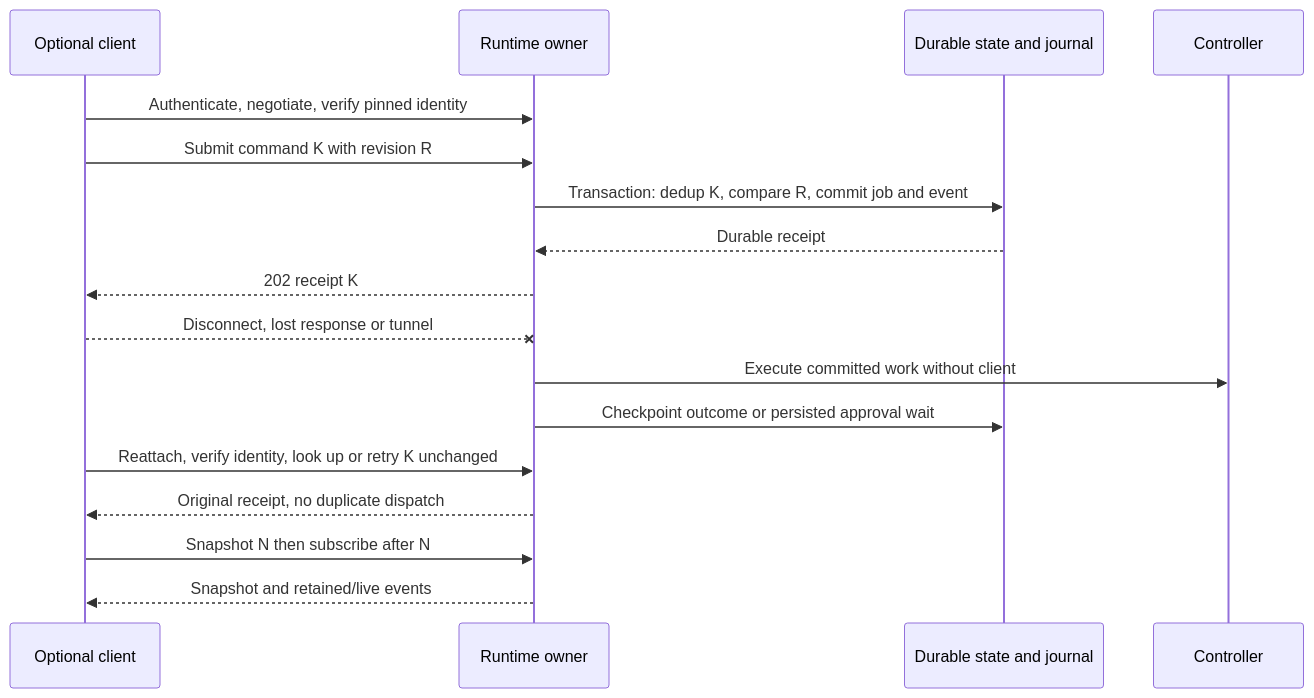
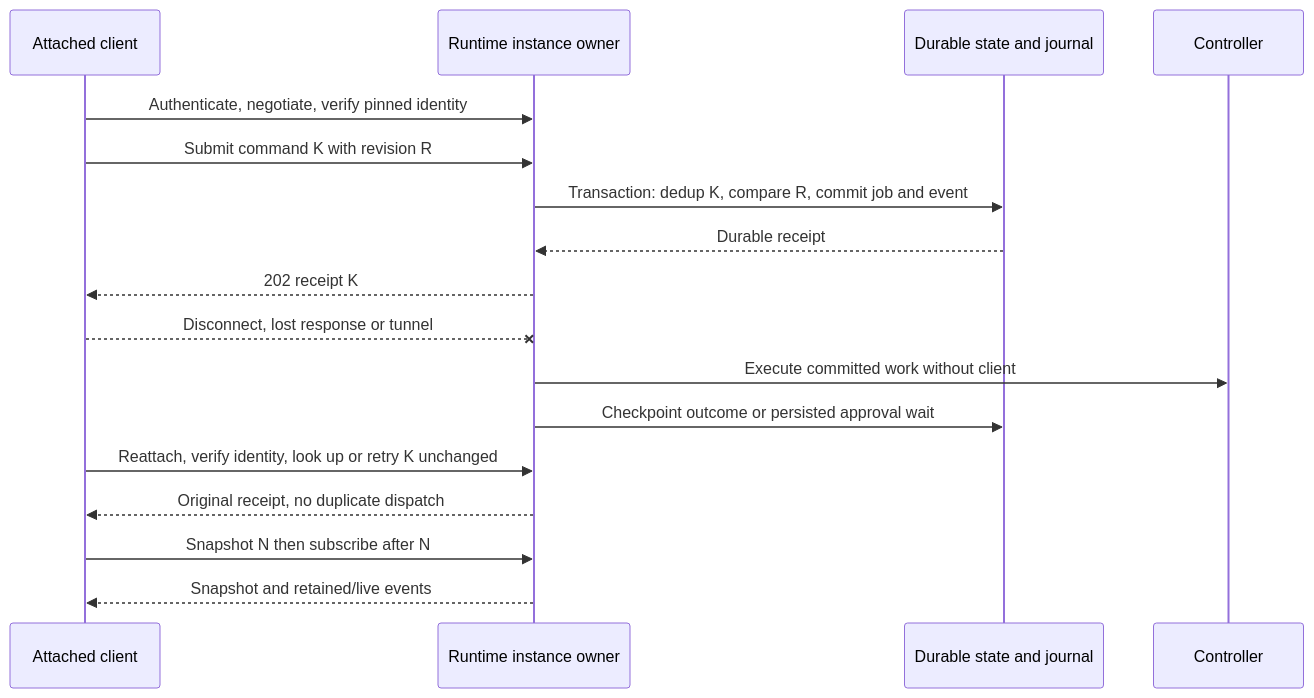
Before and after one commit to urucoder/local-studio: the second of 3 diagrams in docs/architecture/agent-runtime-deep-dive.md, drawn with Mermaid. The commit also changed other lines of this file, not shown here.

Commit message:
docs(architecture): rewrite ADR-0012 for coexisting runtime lifecycle modes

````diff
--- a/docs/architecture/agent-runtime-deep-dive.md
+++ b/docs/architecture/agent-runtime-deep-dive.md
@@ -264,19 +403,19 @@
 ```mermaid
 sequenceDiagram
-  participant Client as Optional client
-  participant Runtime as Runtime owner
+  participant Client as Attached client
+  participant Runtime as Runtime instance owner
   participant Store as Durable state and journal
   participant Controller as Controller
   Client->>Runtime: Authenticate, negotiate, verify pinned identity
   Client->>Runtime: Submit command K with revision R
   Runtime->>Store: Transaction: dedup K, compare R, commit job and event
   Store-->>Runtime: Durable receipt
   Runtime-->>Client: 202 receipt K
   Client--xRuntime: Disconnect, lost response or tunnel
   Runtime->>Controller: Execute committed work without client
   Runtime->>Store: Checkpoint outcome or persisted approval wait
   Client->>Runtime: Reattach, verify identity, look up or retry K unchanged
   Runtime-->>Client: Original receipt, no duplicate dispatch
   Client->>Runtime: Snapshot N then subscribe after N
   Runtime-->>Client: Snapshot and retained/live events
 ```
````
